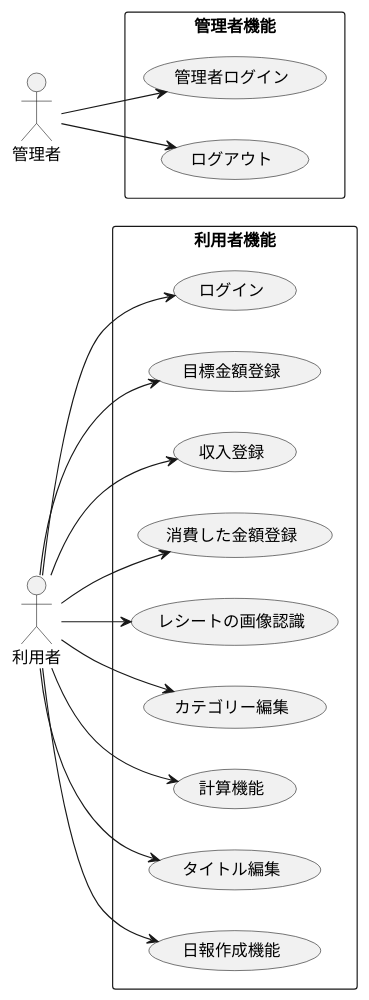
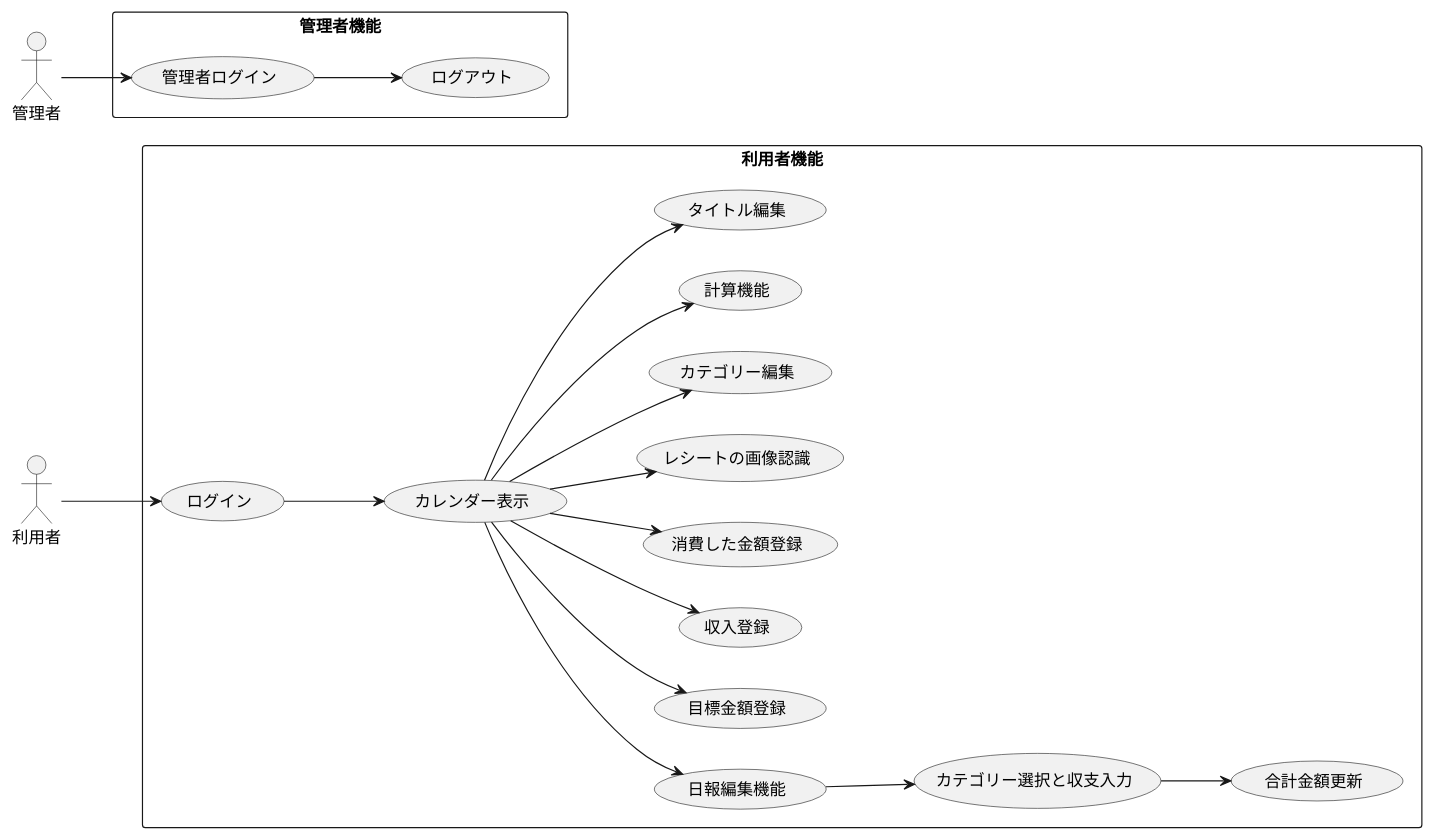
The diagram in test.pu (masakan590/uml-introduction), drawn with PlantUML before and after one commit. The commit also changed 2 other files, not shown here.

```diff
--- a/test.pu
+++ b/test.pu
@@ -1,38 +1,48 @@
 @startuml
 left to right direction
 actor 利用者 as user
 actor 管理者 as admin
 
 rectangle 利用者機能 {
   usecase ログイン as login
+  usecase カレンダー表示 as show_calendar
+  usecase 日報作成 as create_report
+  usecase カテゴリー選択と収支入力 as select_category_input
+  usecase 合計金額更新 as update_total
   usecase 目標金額登録 as set_goal
   usecase 収入登録 as add_income
   usecase 消費した金額登録 as add_expense
   usecase レシートの画像認識 as image_recognition
   usecase カテゴリー編集 as manage_category
   usecase 計算機能 as calculations
   usecase タイトル編集 as edit_title
-  usecase 日報作成機能 as create_report
+  usecase 日報編集機能 as create_report
   
   
   user --> login
-  user --> set_goal
-  user --> add_income
-  user --> add_expense
-  user --> image_recognition
-  user --> manage_category
-  user --> calculations
-  user --> edit_title
-  user --> create_report
+  login --> show_calendar
+  show_calendar --> set_goal
+  show_calendar --> add_income
+  show_calendar --> add_expense
+  show_calendar --> image_recognition
+  show_calendar --> manage_category
+  show_calendar --> calculations
+  show_calendar --> edit_title
+  show_calendar --> create_report
+  create_report --> select_category_input
+  select_category_input --> update_total
+  
 }
 
-  rectangle 管理者機能 {
+
+
+rectangle 管理者機能 {
   usecase 管理者ログイン as admin_login
   usecase ログアウト as account_logout
 
   admin --> admin_login
-  admin --> account_logout
-  
+  admin_login --> account_logout
+}
 
-}
+
 @enduml
```
